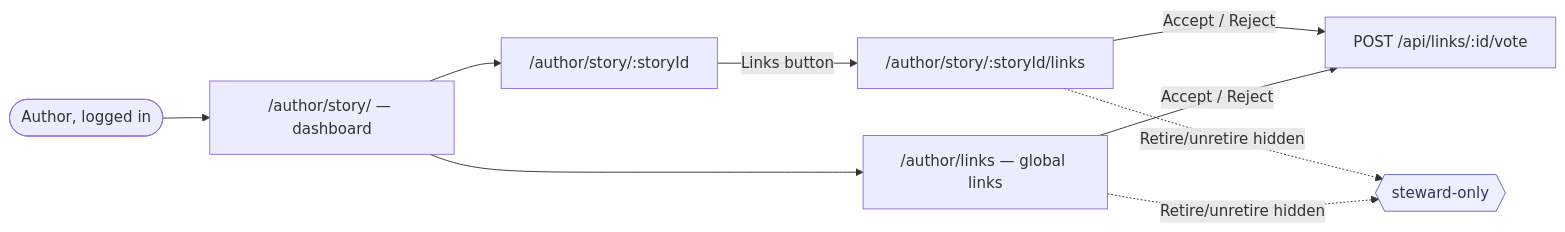
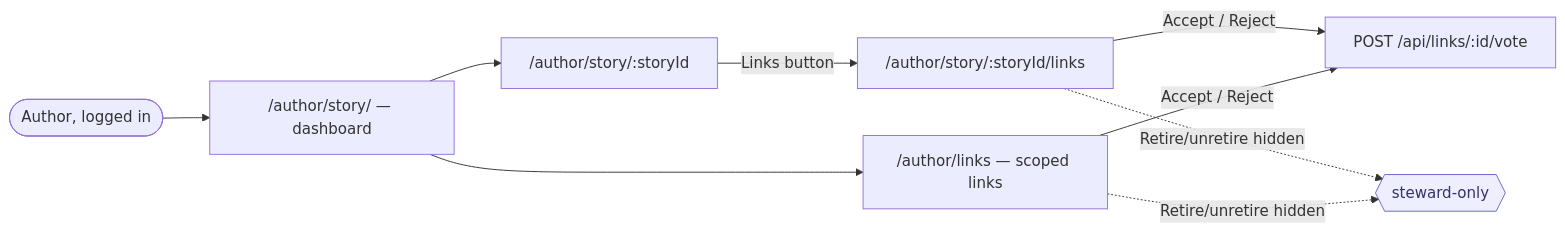
One commit to BrookesUniversityLearningResources/vsat changed the third of 7 diagrams in docs/role-sitemap.md. Above: the diagram before and after it, drawn with Mermaid. The commit also changed other lines of this file and 23 other files, not shown here.

First line of the commit message:
Add returnTo auth flow, interpretive-link voting, and role docs

````diff
--- a/docs/role-sitemap.md
+++ b/docs/role-sitemap.md
@@ -153,13 +154,13 @@
 ```mermaid
 flowchart LR
   A([Author, logged in]) --> AD["/author/story/ — dashboard"]
   AD --> AE["/author/story/:storyId"]
   AE -->|Links button| ASL["/author/story/:storyId/links"]
-  AD --> AL["/author/links — global links"]
+  AD --> AL["/author/links — scoped links"]
   ASL -->|Accept / Reject| V1["POST /api/links/:id/vote"]
   AL -->|Accept / Reject| V1
   ASL -.->|Retire/unretire hidden| ST{{steward-only}}:::steward
   AL -.->|Retire/unretire hidden| ST
 
   classDef steward fill:#eef,stroke:#66c,color:#336;
 ```
````
